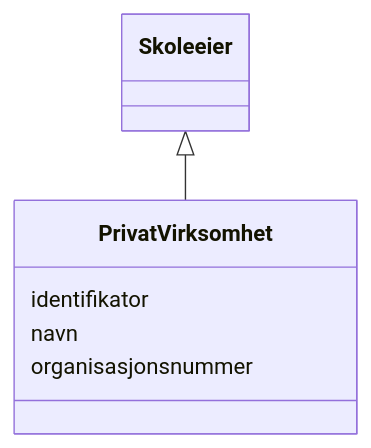
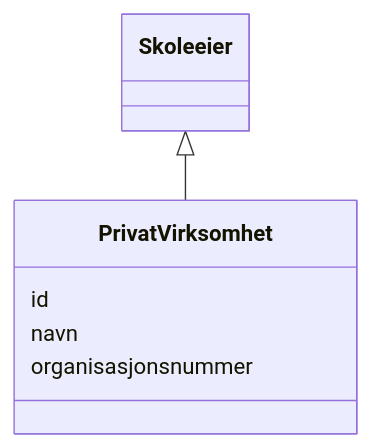
Before and after one commit to brreg/linkml-w3c-no-profiles: the diagram in mkdocs/docs/samt/samt-bu/klasser/privatvirksomhet.md, drawn with Mermaid. The commit also changed other lines of this file and 541 other files, not shown here.

````diff
--- a/mkdocs/docs/samt/samt-bu/klasser/privatvirksomhet.md
+++ b/mkdocs/docs/samt/samt-bu/klasser/privatvirksomhet.md
@@ -18,15 +18,15 @@
 ```mermaid
  classDiagram
     class PrivatVirksomhet
     click PrivatVirksomhet href "../PrivatVirksomhet/"
       Skoleeier <|-- PrivatVirksomhet
         click Skoleeier href "../Skoleeier/"
       
-      PrivatVirksomhet : identifikator
+      PrivatVirksomhet : id
         
       PrivatVirksomhet : navn
         
       PrivatVirksomhet : organisasjonsnummer
         
       
 ```
````
